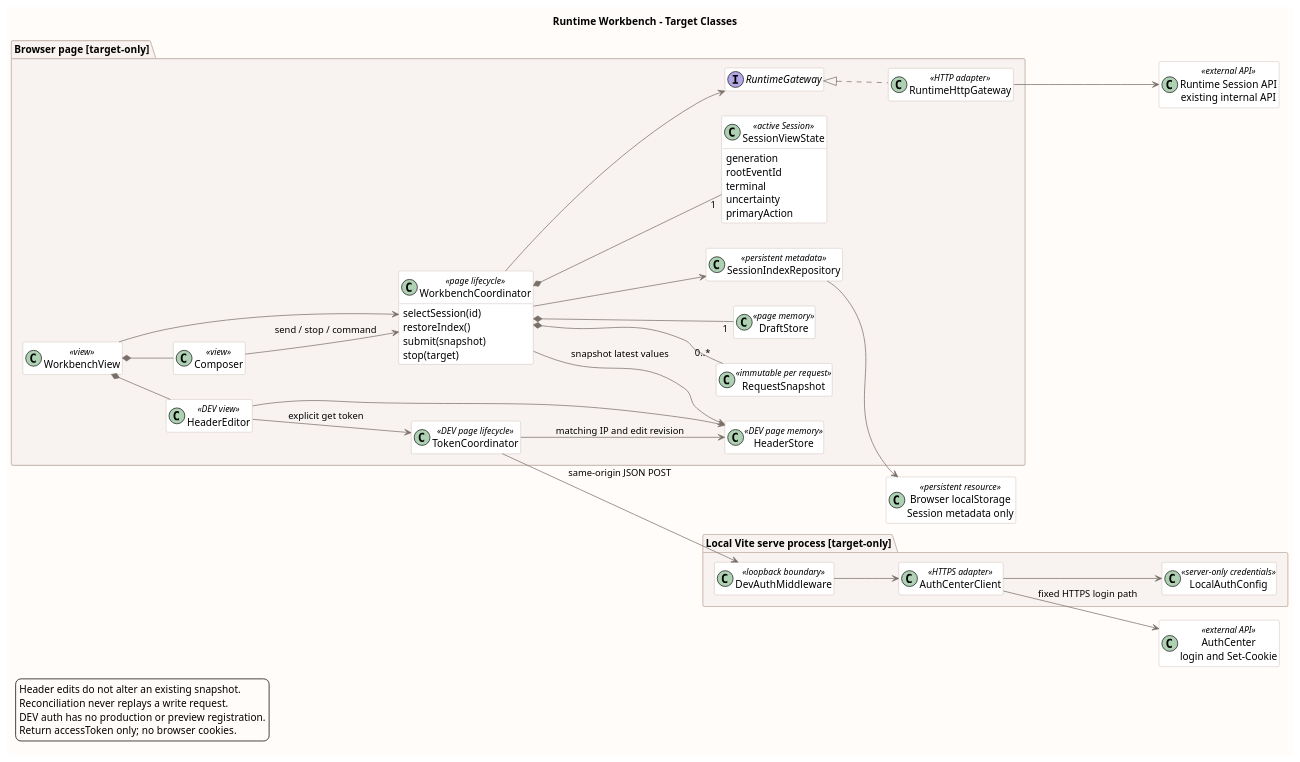
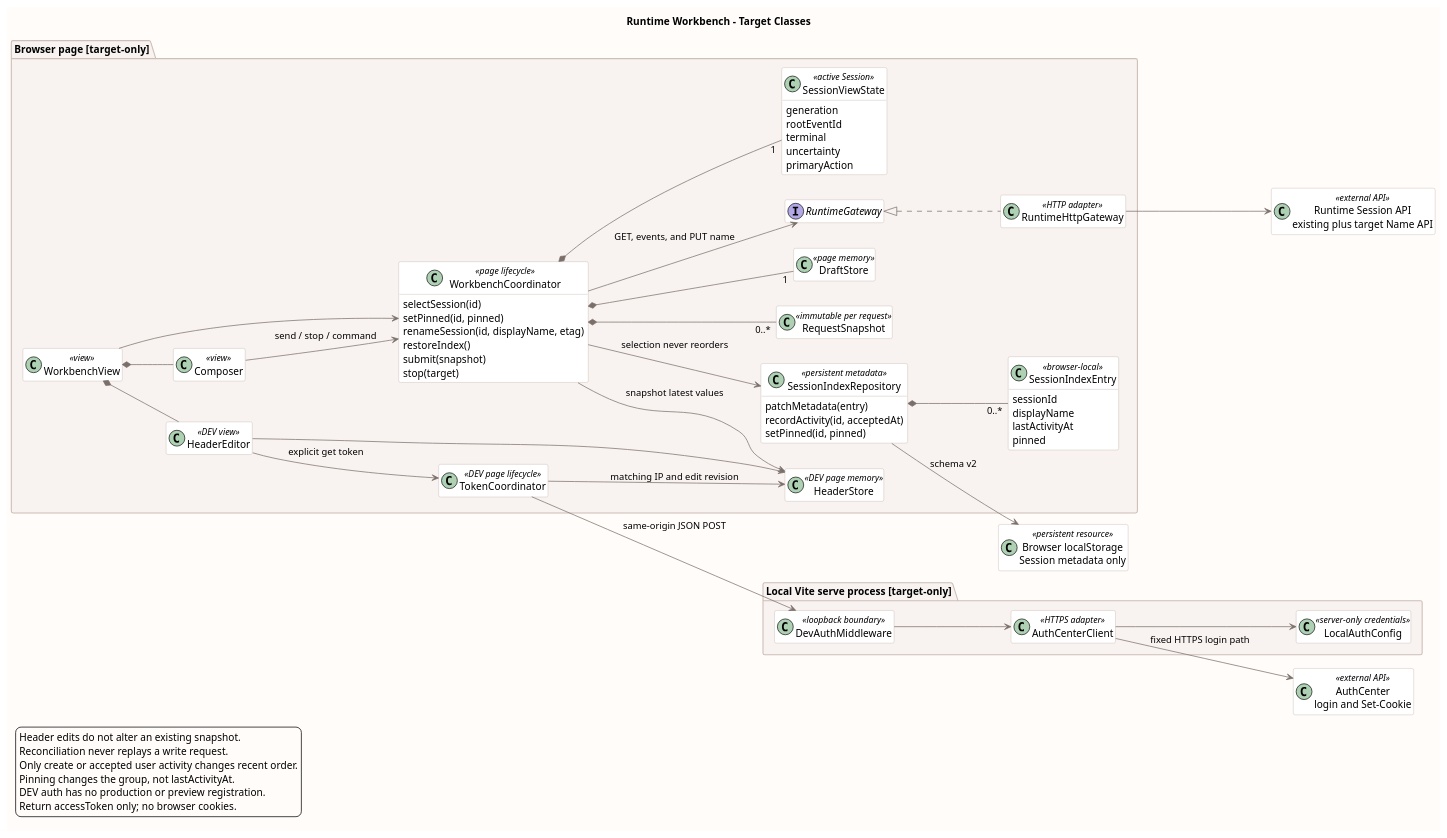
Before and after one commit to ssm0808/pi-mono-java-design: the seventh of 7 diagrams in 01-总体架构/04-CampusClaw前端体验/diagram.puml, drawn with PlantUML. The commit also changed 31 other files, not shown here.

```diff
--- a/01-总体架构/04-CampusClaw前端体验/diagram.puml
+++ b/01-总体架构/04-CampusClaw前端体验/diagram.puml
@@ -327,82 +327,103 @@
 @startuml target_runtime_workbench
-' Source baseline: pi-mono-java@7f1126262b16458e430c1a70aba9936e26391385
-' Source evidence: frontend/src/App.vue threads, drafts, resumeSession, submit, stop
+' Source baseline: pi-mono-java@510d882ca45541e0086586dab89c429c5a18cf20
+' Source evidence: frontend/src/App.vue resumeSession and sidebar select
+' Source evidence: frontend/src/runtime/sessionIndex.ts select and upsert
+' Source evidence: frontend/src/composables/useWorkbenchSessions.ts recordSession and touchCurrentThread
+' Source evidence: frontend/src/components/AppSidebar.vue threads and select
+' Source evidence: modules/coding-agent-cli/src/main/java/com/campusclaw/codingagent/runtimeapi/service/command/SessionNamingService.java
+' Source evidence: modules/coding-agent-cli/src/main/java/com/campusclaw/codingagent/runtimeapi/web/RuntimeSessionController.java
+' Source evidence: modules/coding-agent-cli/src/main/java/com/campusclaw/codingagent/runtimeapi/web/RuntimeSessionConfigurationController.java
 ' Source evidence: frontend/src/composables/useRuntimeApi.ts recover, canSend, canStop
 ' Source evidence: frontend/src/components/DebugHeaders.vue snapshot
 ' Source evidence: frontend/vite.config.ts defineConfig; no auth middleware exists
-' Observed behavior: local refs lose navigation on reload; topbar owns stop.
+' Observed behavior: upsert prepends after selection; no pin field or direct HTTP name route exists.
 ' Target-only architecture: every class and relationship below is proposed.
-' Product constraint: restore navigation; keep Stop in Composer; credentials stay in DEV.
+' Product constraint: selection preserves order; pin and rename are explicit; credentials stay in DEV.
 ' Design reason: one coordinator owns execution state and request generations;
 ' persistent metadata and transient credentials have separate lifecycles.
 title Runtime Workbench - Target Classes
 left to right direction
 skinparam backgroundColor #FFFCFA
 skinparam shadowing false
 skinparam classBackgroundColor #FFFFFF
 skinparam classBorderColor #BFAEA5
 skinparam packageBackgroundColor #F8F3F0
 skinparam packageBorderColor #CDBEB6
 skinparam ArrowColor #7A6F69
 skinparam defaultFontName Arial
 hide empty members
 package "Browser page [target-only]" {
   class WorkbenchView <<view>>
   class Composer <<view>>
   class HeaderEditor <<DEV view>>
   class WorkbenchCoordinator <<page lifecycle>> {
     selectSession(id)
+    setPinned(id, pinned)
+    renameSession(id, displayName, etag)
     restoreIndex()
     submit(snapshot)
     stop(target)
   }
   class SessionViewState <<active Session>> {
     generation
     rootEventId
     terminal
     uncertainty
     primaryAction
   }
-  class SessionIndexRepository <<persistent metadata>>
+  class SessionIndexRepository <<persistent metadata>> {
+    patchMetadata(entry)
+    recordActivity(id, acceptedAt)
+    setPinned(id, pinned)
+  }
+  class SessionIndexEntry <<browser-local>> {
+    sessionId
+    displayName
+    lastActivityAt
+    pinned
+  }
   class RequestSnapshot <<immutable per request>>
   class DraftStore <<page memory>>
   class HeaderStore <<DEV page memory>>
   class TokenCoordinator <<DEV page lifecycle>>
   interface RuntimeGateway
   class RuntimeHttpGateway <<HTTP adapter>>
 }
 package "Local Vite serve process [target-only]" {
   class DevAuthMiddleware <<loopback boundary>>
   class AuthCenterClient <<HTTPS adapter>>
   class LocalAuthConfig <<server-only credentials>>
 }
 class "Browser localStorage\nSession metadata only" as Storage <<persistent resource>>
-class "Runtime Session API\nexisting internal API" as Runtime <<external API>>
+class "Runtime Session API\nexisting plus target Name API" as Runtime <<external API>>
 class "AuthCenter\nlogin and Set-Cookie" as AuthCenter <<external API>>
 WorkbenchView *-- Composer
 WorkbenchView *-- HeaderEditor
 WorkbenchView --> WorkbenchCoordinator
 Composer --> WorkbenchCoordinator : send / stop / command
 HeaderEditor --> HeaderStore
 HeaderEditor --> TokenCoordinator : explicit get token
 WorkbenchCoordinator *-- "1" SessionViewState
 WorkbenchCoordinator *-- "0..*" RequestSnapshot
 WorkbenchCoordinator *-- "1" DraftStore
-WorkbenchCoordinator --> SessionIndexRepository
+WorkbenchCoordinator --> SessionIndexRepository : selection never reorders
+SessionIndexRepository *-- "0..*" SessionIndexEntry
 WorkbenchCoordinator --> HeaderStore : snapshot latest values
-WorkbenchCoordinator --> RuntimeGateway
+WorkbenchCoordinator --> RuntimeGateway : GET, events, and PUT name
 RuntimeGateway <|.. RuntimeHttpGateway
 RuntimeHttpGateway --> Runtime
-SessionIndexRepository --> Storage
+SessionIndexRepository --> Storage : schema v2
 TokenCoordinator --> HeaderStore : matching IP and edit revision
 TokenCoordinator --> DevAuthMiddleware : same-origin JSON POST
 DevAuthMiddleware --> AuthCenterClient
 AuthCenterClient --> LocalAuthConfig
 AuthCenterClient --> AuthCenter : fixed HTTPS login path
 legend bottom left
   Header edits do not alter an existing snapshot.
   Reconciliation never replays a write request.
+  Only create or accepted user activity changes recent order.
+  Pinning changes the group, not lastActivityAt.
   DEV auth has no production or preview registration.
   Return accessToken only; no browser cookies.
 endlegend
 @enduml
```
